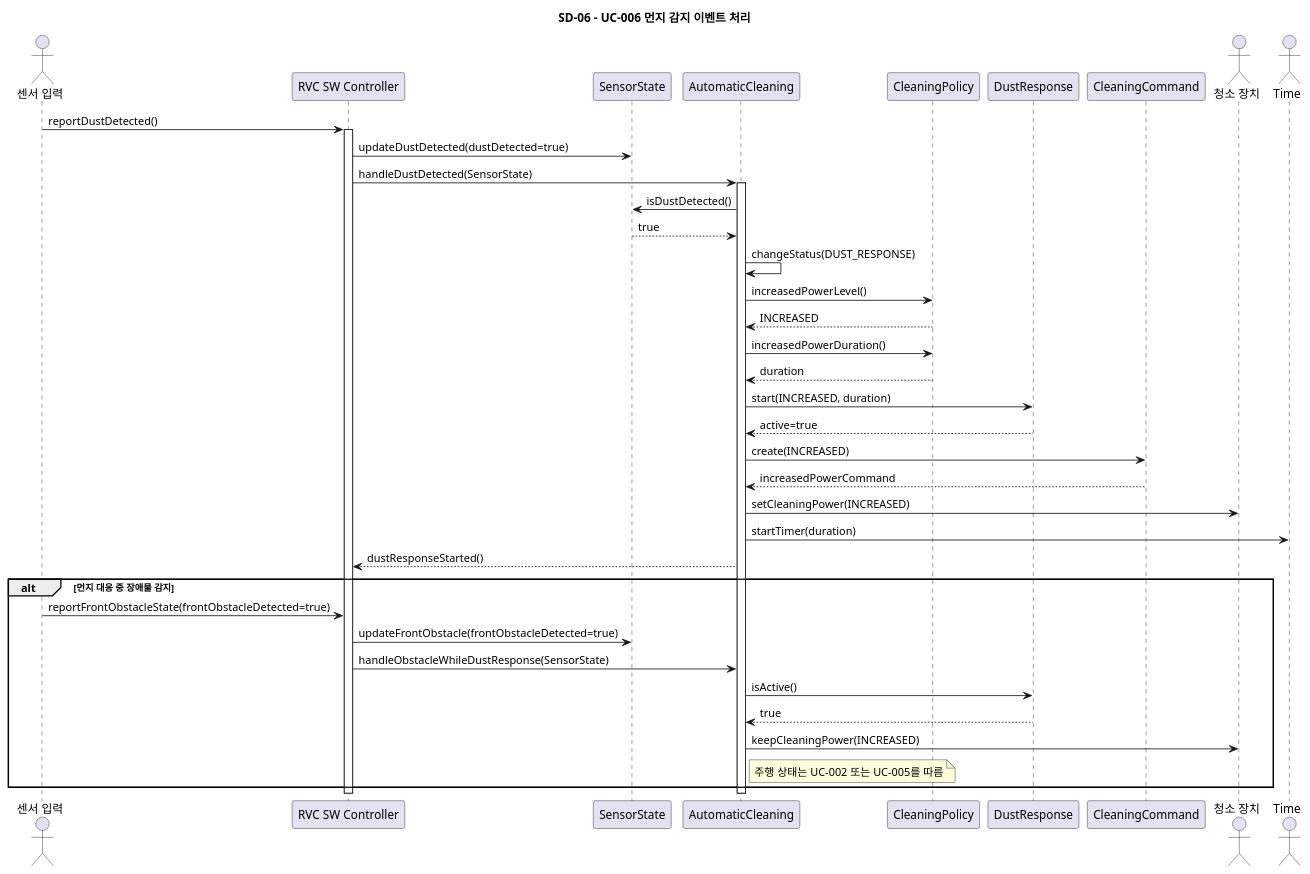
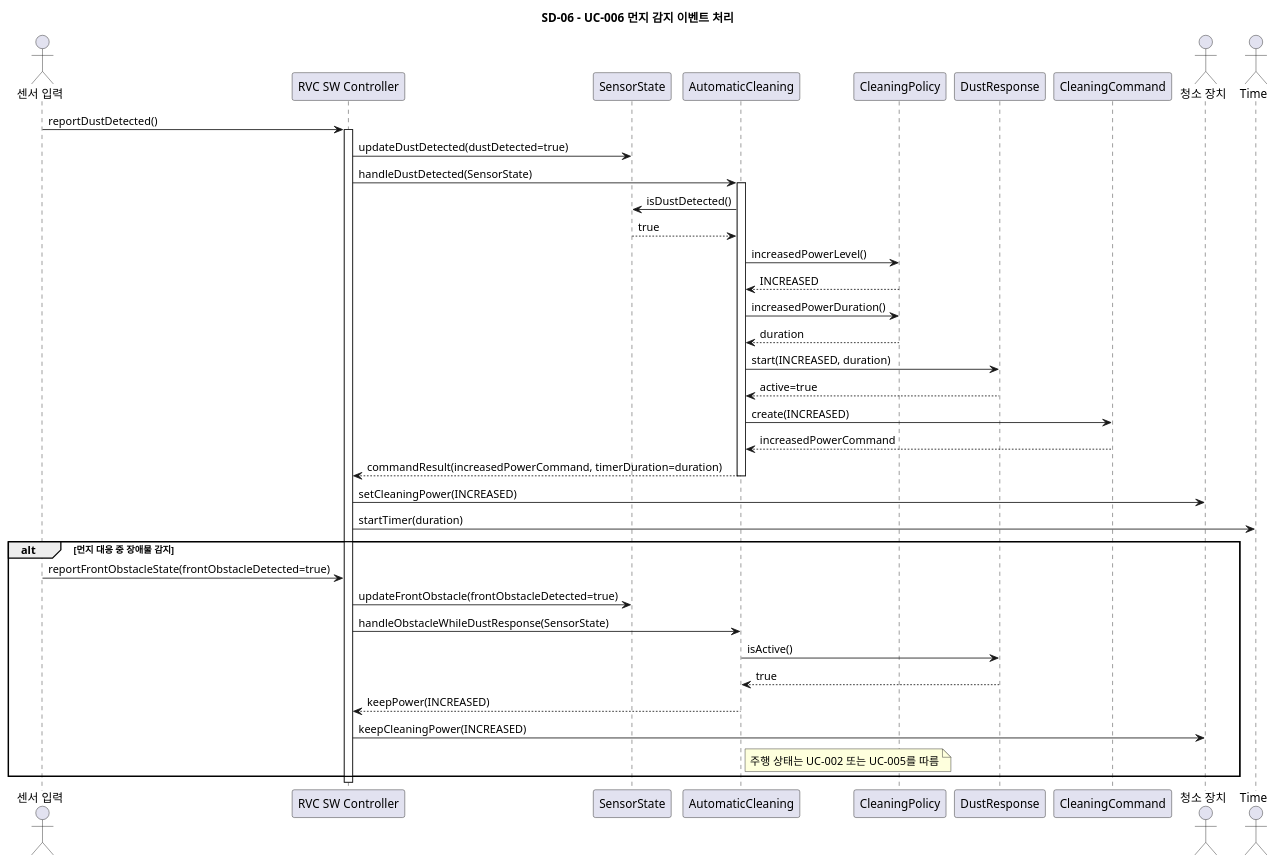
One commit to OOAD-Team3/Robot-Vacuum-Cleaner-AI changed the diagram in docs/sd/SD-06.puml. Above: the diagram before and after it, drawn with PlantUML. The commit also changed other lines of this file and 9 other files, not shown here.

```diff
--- a/docs/sd/SD-06.puml
+++ b/docs/sd/SD-06.puml
@@ -6,46 +6,47 @@
 @startuml SD_06_UC006_Handle_Dust_Detected
 title SD-06 - UC-006 먼지 감지 이벤트 처리
 
 actor "센서 입력" as Sensor
 participant "RVC SW Controller" as Controller
 participant "SensorState" as SensorState
 participant "AutomaticCleaning" as Cleaning
 participant "CleaningPolicy" as Policy
 participant "DustResponse" as DustResponse
 participant "CleaningCommand" as CleaningCommand
 actor "청소 장치" as Cleaner
 actor "Time" as Time
 
 Sensor -> Controller: reportDustDetected()
 activate Controller
 Controller -> SensorState: updateDustDetected(dustDetected=true)
 Controller -> Cleaning: handleDustDetected(SensorState)
 activate Cleaning
 Cleaning -> SensorState: isDustDetected()
 SensorState --> Cleaning: true
-Cleaning -> Cleaning: changeStatus(DUST_RESPONSE)
 Cleaning -> Policy: increasedPowerLevel()
 Policy --> Cleaning: INCREASED
 Cleaning -> Policy: increasedPowerDuration()
 Policy --> Cleaning: duration
 Cleaning -> DustResponse: start(INCREASED, duration)
 DustResponse --> Cleaning: active=true
 Cleaning -> CleaningCommand: create(INCREASED)
 CleaningCommand --> Cleaning: increasedPowerCommand
-Cleaning -> Cleaner: setCleaningPower(INCREASED)
-Cleaning -> Time: startTimer(duration)
-Cleaning --> Controller: dustResponseStarted()
+Cleaning --> Controller: commandResult(increasedPowerCommand, timerDuration=duration)
+deactivate Cleaning
+
+Controller -> Cleaner: setCleaningPower(INCREASED)
+Controller -> Time: startTimer(duration)
 
 alt 먼지 대응 중 장애물 감지
     Sensor -> Controller: reportFrontObstacleState(frontObstacleDetected=true)
     Controller -> SensorState: updateFrontObstacle(frontObstacleDetected=true)
     Controller -> Cleaning: handleObstacleWhileDustResponse(SensorState)
     Cleaning -> DustResponse: isActive()
     DustResponse --> Cleaning: true
-    Cleaning -> Cleaner: keepCleaningPower(INCREASED)
+    Cleaning --> Controller: keepPower(INCREASED)
+    Controller -> Cleaner: keepCleaningPower(INCREASED)
     note right of Cleaning: 주행 상태는 UC-002 또는 UC-005를 따름
 end
 
-deactivate Cleaning
 deactivate Controller
 @enduml
```
